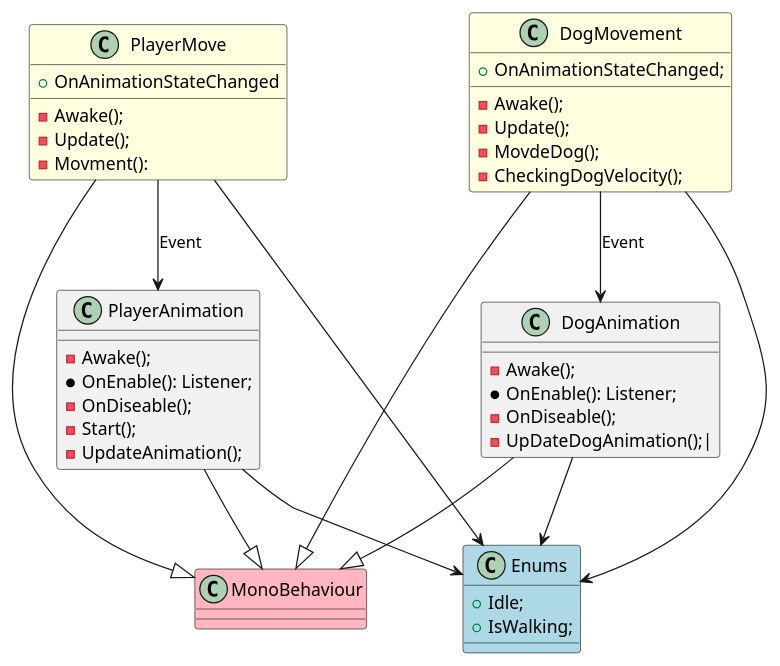
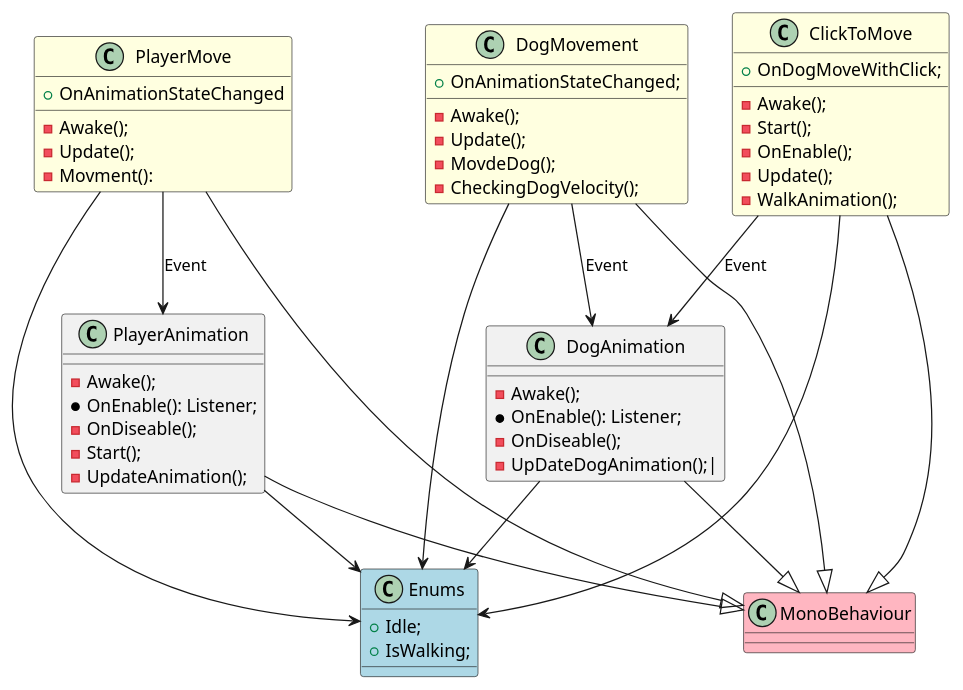
One commit to RuuRoger/TOGETHER changed the diagram in Assets/Scripts/PlayerAndDogEcosystem/PlayerAndDogEcosystem.puml. Above: the diagram before and after it, drawn with PlantUML.

Commit message:
refactor: Added the conecctions with ClickToMove With all ecosystem

```diff
--- a/Assets/Scripts/PlayerAndDogEcosystem/PlayerAndDogEcosystem.puml
+++ b/Assets/Scripts/PlayerAndDogEcosystem/PlayerAndDogEcosystem.puml
@@ -1,60 +1,72 @@
 @startuml
 
 class MonoBehaviour #LightPink
 
 class Enums #LightBlue
 {
     + Idle;
     + IsWalking;
 }
 
 class PlayerMove #LightYellow
 {
     + OnAnimationStateChanged
     - Awake();
     - Update();
     - Movment():
 }
 
 class PlayerAnimation 
 {
     - Awake();
     * OnEnable(): Listener;
     - OnDiseable();
     - Start();
     - UpdateAnimation();
 }
 
 class DogMovement #LightYellow
 {
     + OnAnimationStateChanged;
     - Awake();
     - Update();
     - MovdeDog();
     - CheckingDogVelocity();
 }
 
 class DogAnimation
 {
     - Awake();
     * OnEnable(): Listener;
     - OnDiseable();
     - UpDateDogAnimation();|
 }
 
+class ClickToMove #LightYellow
+{
+    + OnDogMoveWithClick;
+    - Awake();
+    - Start();
+    - OnEnable();
+    - Update();
+    - WalkAnimation();
+}
+
 PlayerMove --|> MonoBehaviour
 PlayerAnimation --|> MonoBehaviour
 DogMovement --|> MonoBehaviour
 DogAnimation --|> MonoBehaviour
 
 PlayerMove --> Enums
 PlayerAnimation --> Enums
 DogMovement --> Enums
 DogAnimation --> Enums
 
 PlayerMove --> PlayerAnimation : Event
 DogMovement --> DogAnimation : Event
 
-
+ClickToMove --|> MonoBehaviour
+ClickToMove --> DogAnimation : Event
+ClickToMove --> Enums
 
 @enduml
```
